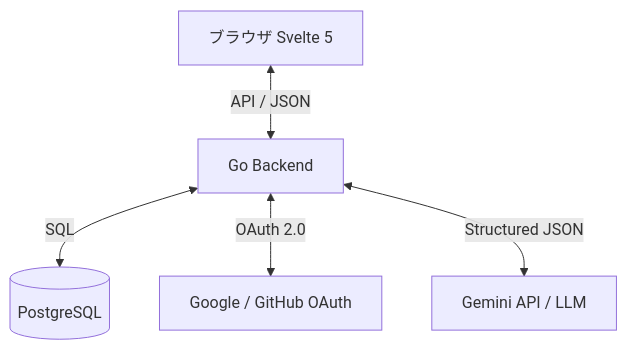
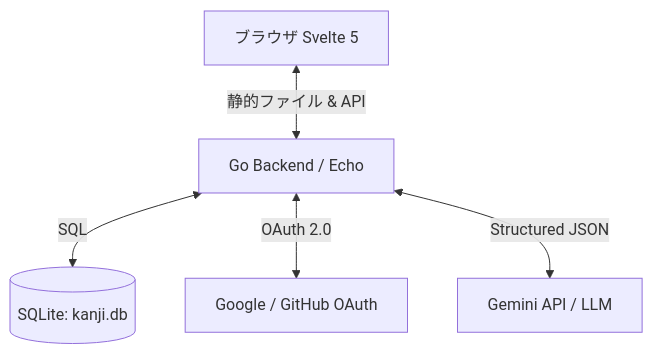
Before and after one commit to sweetfish329/kanji-chan: the diagram in AGENTS.md, drawn with Mermaid. The commit also changed other lines of this file and 15 other files, not shown here.

````diff
--- a/AGENTS.md
+++ b/AGENTS.md
@@ -20,7 +20,7 @@
 ```mermaid
 graph TD
-    Client[ブラウザ Svelte 5] <-->|API / JSON| API[Go Backend]
-    API <-->|SQL| DB[(PostgreSQL)]
-    API <-->|OAuth 2.0| OAuth[Google / GitHub OAuth]
-    API <-->|Structured JSON| AI[Gemini API / LLM]
+    Client[ブラウザ Svelte 5] <-->|静的ファイル & API| App[Go Backend / Echo]
+    App <-->|SQL| DB[(SQLite: kanji.db)]
+    App <-->|OAuth 2.0| OAuth[Google / GitHub OAuth]
+    App <-->|Structured JSON| AI[Gemini API / LLM]
 ```
````
